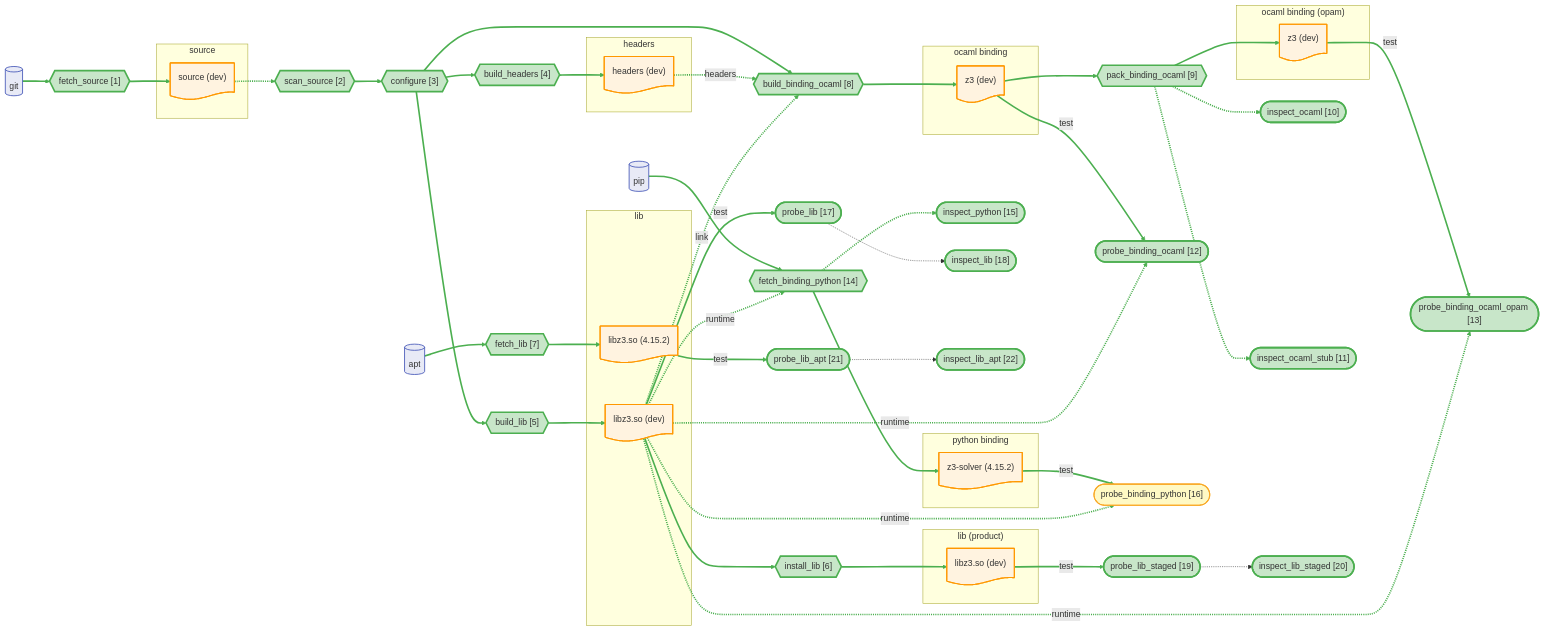
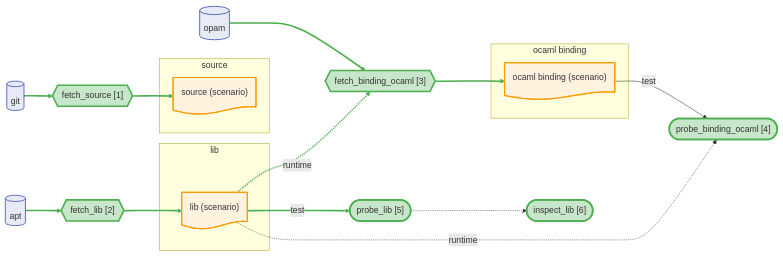
One commit to JHU-PL-Lab/tola changed the diagram in docs/canary/projects/z3/-run/diagrams/full.mmd. Above: the diagram before and after it, drawn with Mermaid. The commit also changed 941 other files, not shown here.

```diff
--- a/docs/canary/projects/z3/-run/diagrams/full.mmd
+++ b/docs/canary/projects/z3/-run/diagrams/full.mmd
@@ -1,153 +1,58 @@
 %% view: full
 graph LR
     subgraph source_sg ["source"]
-      source_node@{ shape: doc, label: "source (dev)" }
+      source_node@{ shape: doc, label: "source (scenario)" }
     end
-    subgraph headers_sg ["headers"]
-      headers_node@{ shape: doc, label: "headers (dev)" }
+    subgraph lib_sg ["lib"]
+      lib_node@{ shape: doc, label: "lib (scenario)" }
     end
-    subgraph lib_input_sg ["lib"]
-      lib_build_tree_node@{ shape: doc, label: "libz3.so (dev)" }
-      lib_apt_node@{ shape: doc, label: "libz3.so (4.15.2)" }
-    end
-    subgraph lib_product_sg ["lib (product)"]
-      lib_staged_node@{ shape: doc, label: "libz3.so (dev)" }
-    end
-    subgraph ocaml_binding_input_sg ["ocaml binding"]
-      ocaml_binding_build_tree_node@{ shape: doc, label: "z3 (dev)" }
-    end
-    subgraph ocaml_binding_product_sg ["ocaml binding (opam)"]
-      ocaml_binding_opam_node@{ shape: doc, label: "z3 (dev)" }
-    end
-    subgraph python_binding_sg ["python binding"]
-      python_binding_node@{ shape: doc, label: "z3-solver (4.15.2)" }
+    subgraph ocaml_binding_sg ["ocaml binding"]
+      ocaml_binding_node@{ shape: doc, label: "ocaml binding (scenario)" }
     end
 
     apt_store@{ shape: cyl, label: "apt" }
     git_store@{ shape: cyl, label: "git" }
-    pip_store@{ shape: cyl, label: "pip" }
+    opam_store@{ shape: cyl, label: "opam" }
 
-    A_scan_source{{"scan_source [2]"}}
-    A_configure{{"configure [3]"}}
     A_fetch_source{{"fetch_source [1]"}}
-    A_fetch_lib{{"fetch_lib [7]"}}
-    A_fetch_binding_python{{"fetch_binding_python [14]"}}
-    A_build_headers{{"build_headers [4]"}}
-    A_build_lib{{"build_lib [5]"}}
-    A_install_lib{{"install_lib [6]"}}
-    A_build_binding_ocaml{{"build_binding_ocaml [8]"}}
-    A_pack_binding_ocaml{{"pack_binding_ocaml [9]"}}
-    A_pack_binding_ocaml_inspect(["inspect_ocaml [10]"])
-    A_pack_binding_ocaml_stub_inspect(["inspect_ocaml_stub [11]"])
-    A_probe_binding_ocaml(["probe_binding_ocaml [12]"])
-    A_probe_binding_ocaml_opam(["probe_binding_ocaml_opam [13]"])
-    A_fetch_binding_python_inspect(["inspect_python [15]"])
-    A_probe_binding_python(["probe_binding_python [16]"])
-    A_probe_lib(["probe_lib [17]"])
-    A_probe_lib_inspect(["inspect_lib [18]"])
-    A_probe_lib_staged(["probe_lib_staged [19]"])
-    A_probe_lib_staged_inspect(["inspect_lib_staged [20]"])
-    A_probe_lib_apt(["probe_lib_apt [21]"])
-    A_probe_lib_apt_inspect(["inspect_lib_apt [22]"])
+    A_fetch_lib{{"fetch_lib [2]"}}
+    A_fetch_binding_ocaml{{"fetch_binding_ocaml [3]"}}
+    A_probe_binding_ocaml(["probe_binding_ocaml [4]"])
+    A_probe_lib(["probe_lib [5]"])
+    A_probe_lib_inspect(["inspect_lib [6]"])
 
     git_store --> A_fetch_source --> source_node
-    source_node -.-> A_scan_source
-    A_scan_source --> A_configure
-    A_configure --> A_build_headers
-    A_build_headers --> headers_node
-    A_configure --> A_build_lib
-    A_build_lib --> lib_build_tree_node
-    lib_build_tree_node --> A_install_lib
-    A_install_lib --> lib_staged_node
-    apt_store --> A_fetch_lib --> lib_apt_node
-    lib_build_tree_node -->|test| A_probe_lib
-    lib_staged_node -->|test| A_probe_lib_staged
-    lib_apt_node -->|test| A_probe_lib_apt
-    A_configure --> A_build_binding_ocaml
-    headers_node -.->|headers| A_build_binding_ocaml
-    lib_build_tree_node -.->|link| A_build_binding_ocaml
-    A_build_binding_ocaml --> ocaml_binding_build_tree_node
-    ocaml_binding_build_tree_node --> A_pack_binding_ocaml
-    A_pack_binding_ocaml --> ocaml_binding_opam_node
-    ocaml_binding_build_tree_node -->|test| A_probe_binding_ocaml
-    lib_build_tree_node -.->|runtime| A_probe_binding_ocaml
-    ocaml_binding_opam_node -->|test| A_probe_binding_ocaml_opam
-    lib_build_tree_node -.->|runtime| A_probe_binding_ocaml_opam
-    pip_store --> A_fetch_binding_python --> python_binding_node
-    lib_build_tree_node -.->|runtime| A_fetch_binding_python
-    python_binding_node -->|test| A_probe_binding_python
-    lib_build_tree_node -.->|runtime| A_probe_binding_python
-    A_pack_binding_ocaml -.-> A_pack_binding_ocaml_inspect
-    A_pack_binding_ocaml -.-> A_pack_binding_ocaml_stub_inspect
-    A_fetch_binding_python -.-> A_fetch_binding_python_inspect
+    apt_store --> A_fetch_lib --> lib_node
+    lib_node -->|test| A_probe_lib
+    opam_store --> A_fetch_binding_ocaml --> ocaml_binding_node
+    lib_node -.->|runtime| A_fetch_binding_ocaml
+    ocaml_binding_node -->|test| A_probe_binding_ocaml
+    lib_node -.->|runtime| A_probe_binding_ocaml
     A_probe_lib -.-> A_probe_lib_inspect
-    A_probe_lib_staged -.-> A_probe_lib_staged_inspect
-    A_probe_lib_apt -.-> A_probe_lib_apt_inspect
 
     classDef artifact fill:#fff3e0,stroke:#ff9800,stroke-width:2px
     classDef store fill:#e8eaf6,stroke:#3f51b5,stroke-width:1.5px
     classDef st_done fill:#c8e6c9,stroke:#4caf50,stroke-width:3px
     classDef st_done_ctx fill:#e8f5e9,stroke:#a5d6a7,stroke-width:1.5px
     classDef st_expected_fail fill:#fff9c4,stroke:#f9a825,stroke-width:2px
     classDef st_failed fill:#ffcdd2,stroke:#c62828,stroke-width:2px
     classDef st_skipped fill:#f5f5f5,stroke:#9e9e9e,stroke-dasharray:5
     classDef st_nospec fill:#fafafa,stroke:#bdbdbd,stroke-dasharray:5
-    class source_node,headers_node,lib_build_tree_node,lib_staged_node,lib_apt_node,ocaml_binding_build_tree_node,ocaml_binding_opam_node,python_binding_node artifact
+    class source_node,lib_node,ocaml_binding_node artifact
     class apt_store store
     class git_store store
-    class pip_store store
+    class opam_store store
     class A_fetch_source st_done
-    class A_scan_source st_done
-    class A_configure st_done
-    class A_build_headers st_done
-    class A_build_lib st_done
-    class A_install_lib st_done
     class A_fetch_lib st_done
-    class A_build_binding_ocaml st_done
-    class A_pack_binding_ocaml st_done
-    class A_pack_binding_ocaml_inspect st_done
-    class A_pack_binding_ocaml_stub_inspect st_done
+    class A_fetch_binding_ocaml st_done
     class A_probe_binding_ocaml st_done
-    class A_probe_binding_ocaml_opam st_done
-    class A_fetch_binding_python st_done
-    class A_fetch_binding_python_inspect st_done
-    class A_probe_binding_python st_expected_fail
     class A_probe_lib st_done
     class A_probe_lib_inspect st_done
-    class A_probe_lib_staged st_done
-    class A_probe_lib_staged_inspect st_done
-    class A_probe_lib_apt st_done
-    class A_probe_lib_apt_inspect st_done
     linkStyle 0 stroke:#4caf50,stroke-width:3px
     linkStyle 1 stroke:#4caf50,stroke-width:3px
     linkStyle 2 stroke:#4caf50,stroke-width:3px
     linkStyle 3 stroke:#4caf50,stroke-width:3px
     linkStyle 4 stroke:#4caf50,stroke-width:3px
     linkStyle 5 stroke:#4caf50,stroke-width:3px
     linkStyle 6 stroke:#4caf50,stroke-width:3px
     linkStyle 7 stroke:#4caf50,stroke-width:3px
-    linkStyle 8 stroke:#4caf50,stroke-width:3px
-    linkStyle 9 stroke:#4caf50,stroke-width:3px
-    linkStyle 10 stroke:#4caf50,stroke-width:3px
-    linkStyle 11 stroke:#4caf50,stroke-width:3px
-    linkStyle 12 stroke:#4caf50,stroke-width:3px
-    linkStyle 13 stroke:#4caf50,stroke-width:3px
-    linkStyle 14 stroke:#4caf50,stroke-width:3px
-    linkStyle 15 stroke:#4caf50,stroke-width:3px
-    linkStyle 16 stroke:#4caf50,stroke-width:3px
-    linkStyle 17 stroke:#4caf50,stroke-width:3px
-    linkStyle 18 stroke:#4caf50,stroke-width:3px
-    linkStyle 19 stroke:#4caf50,stroke-width:3px
-    linkStyle 20 stroke:#4caf50,stroke-width:3px
-    linkStyle 21 stroke:#4caf50,stroke-width:3px
-    linkStyle 22 stroke:#4caf50,stroke-width:3px
-    linkStyle 23 stroke:#4caf50,stroke-width:3px
-    linkStyle 24 stroke:#4caf50,stroke-width:3px
-    linkStyle 25 stroke:#4caf50,stroke-width:3px
-    linkStyle 26 stroke:#4caf50,stroke-width:3px
-    linkStyle 27 stroke:#4caf50,stroke-width:3px
-    linkStyle 28 stroke:#4caf50,stroke-width:3px
-    linkStyle 29 stroke:#4caf50,stroke-width:3px
-    linkStyle 30 stroke:#4caf50,stroke-width:3px
-    linkStyle 31 stroke:#4caf50,stroke-width:3px
-    linkStyle 32 stroke:#4caf50,stroke-width:3px
```
